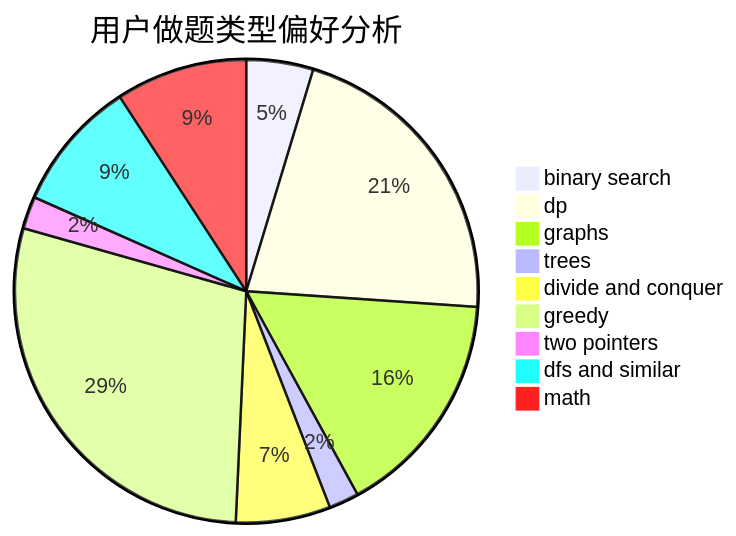
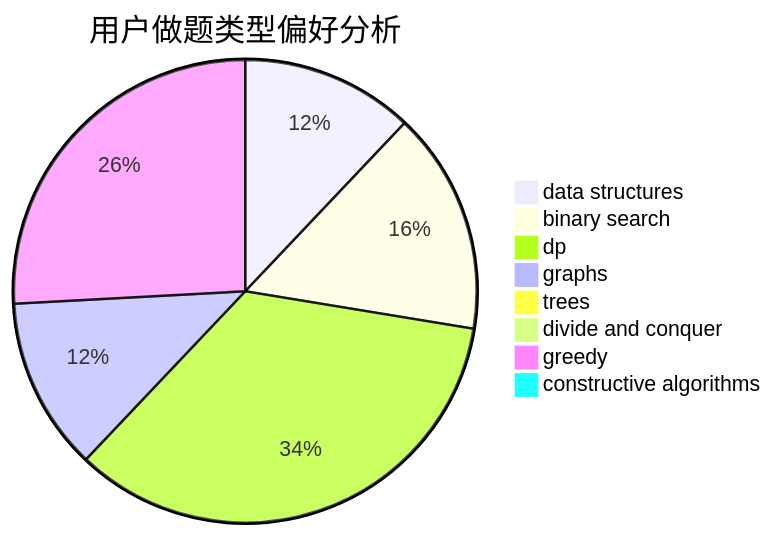
The second of 3 diagrams in docs/user/u85.md (sherpahu/cfrs.github.io), drawn with Mermaid before and after one commit. The commit also changed other lines of this file and 2775 other files, not shown here.

````diff
--- a/docs/user/u85.md
+++ b/docs/user/u85.md
@@ -23,12 +23,11 @@
 ```mermaid
 pie title 用户做题类型偏好分析
-    "binary search" :  29
-    "dp" :  133
-    "graphs" :  99
-    "trees" :  13
-    "divide and conquer" :  41
-    "greedy" :  178
-    "two pointers" :  14
-    "dfs and similar" :  57
-    "math" :  57
+    "data structures" :  14
+    "binary search" :  18
+    "dp" :  40
+    "graphs" :  14
+    "trees" :  0
+    "divide and conquer" :  0
+    "greedy" :  30
+    "constructive algorithms" :  0
 ```
````
